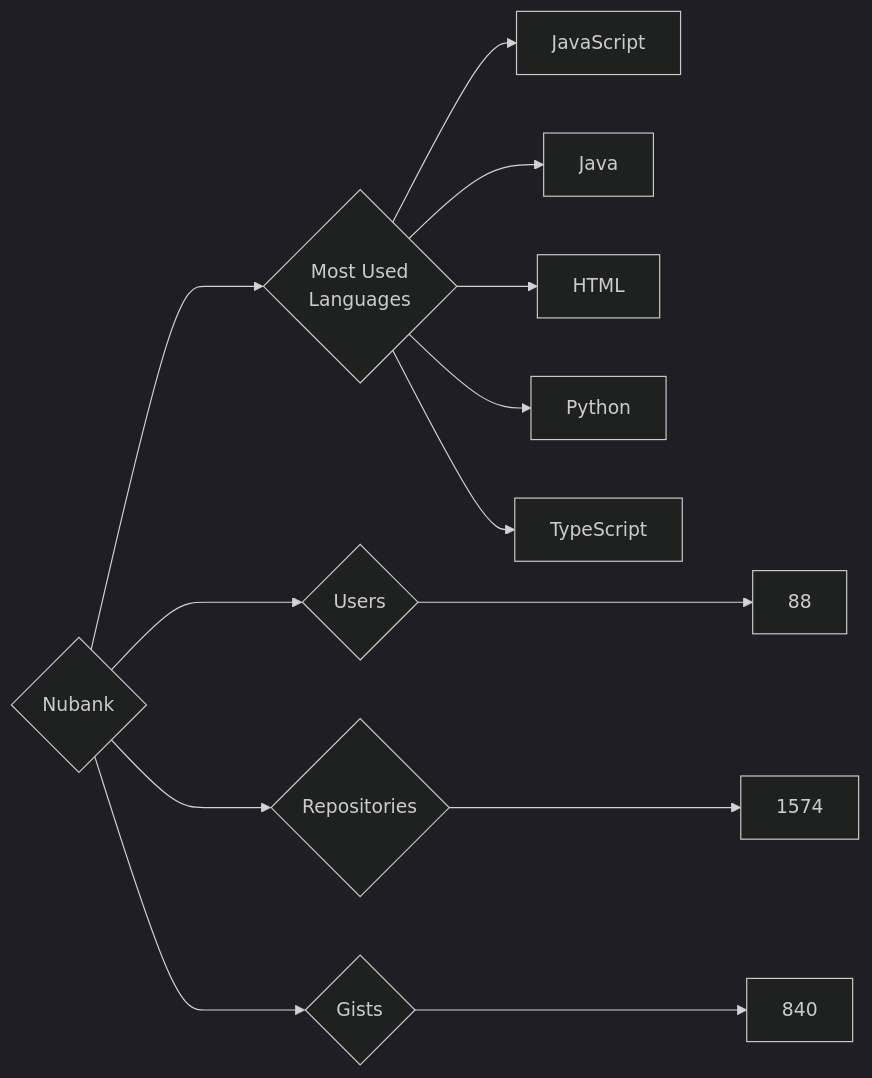
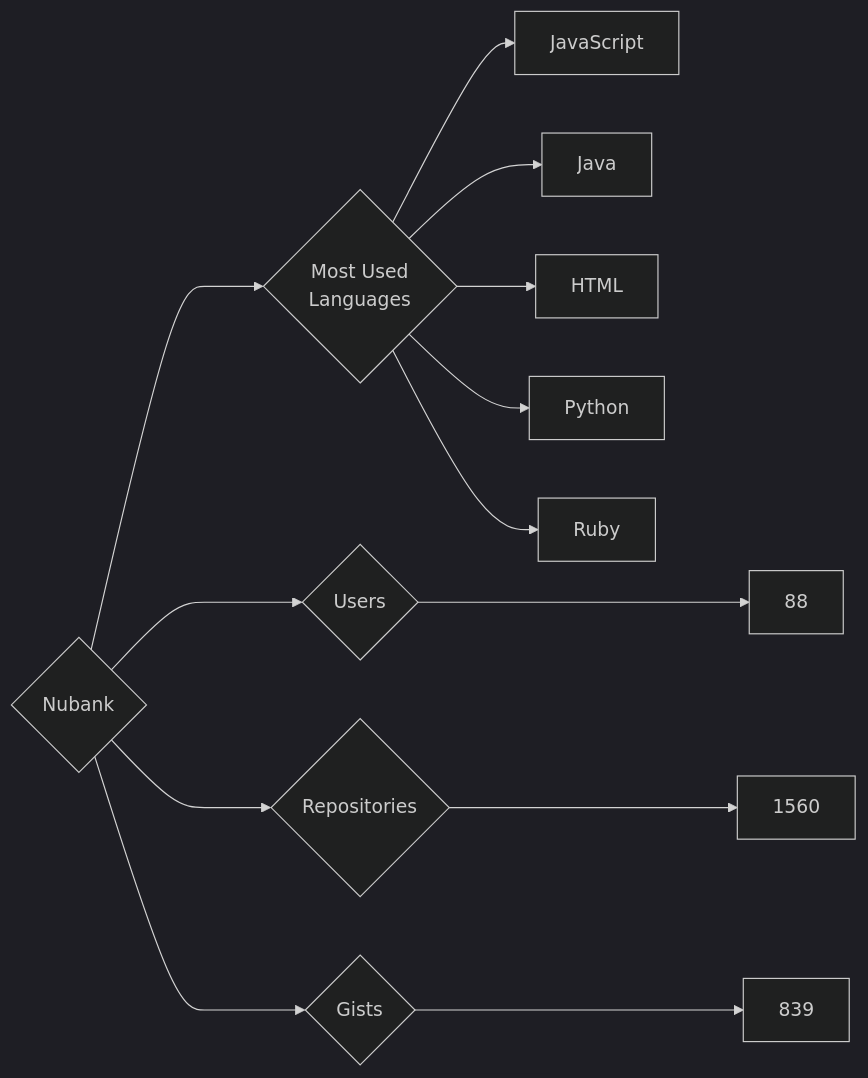
Before and after one commit to trickest/insiders: the diagram in targets/Nubank/README.md, drawn with Mermaid (dark theme). The commit also changed 806 other files, not shown here.

````diff
--- a/targets/Nubank/README.md
+++ b/targets/Nubank/README.md
@@ -3,13 +3,13 @@
 ```mermaid
 graph LR
 COMPANY_NAME{Nubank}
 COMPANY_NAME ---> U{Users} ---> UN[88]
-COMPANY_NAME ---> R{Repositories} ---> RN[1574]
-COMPANY_NAME ---> G{Gists} ---> GN[840]
+COMPANY_NAME ---> R{Repositories} ---> RN[1560]
+COMPANY_NAME ---> G{Gists} ---> GN[839]
 COMPANY_NAME ---> ML{Most Used<br>Languages}
 ML --> JavaScript[JavaScript]
 ML --> Java[Java]
 ML --> HTML[HTML]
 ML --> Python[Python]
-ML --> TypeScript[TypeScript]
+ML --> Ruby[Ruby]
 ```
````
